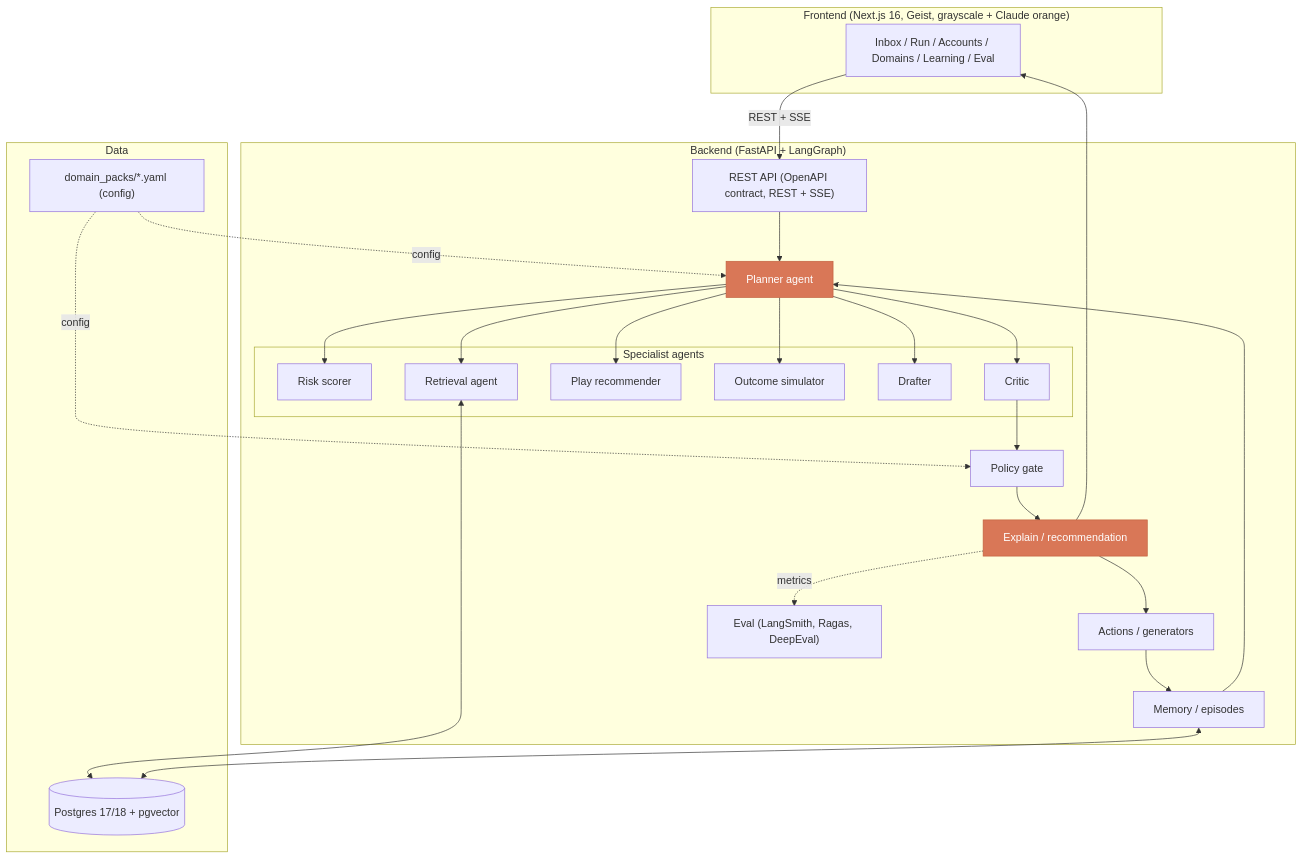
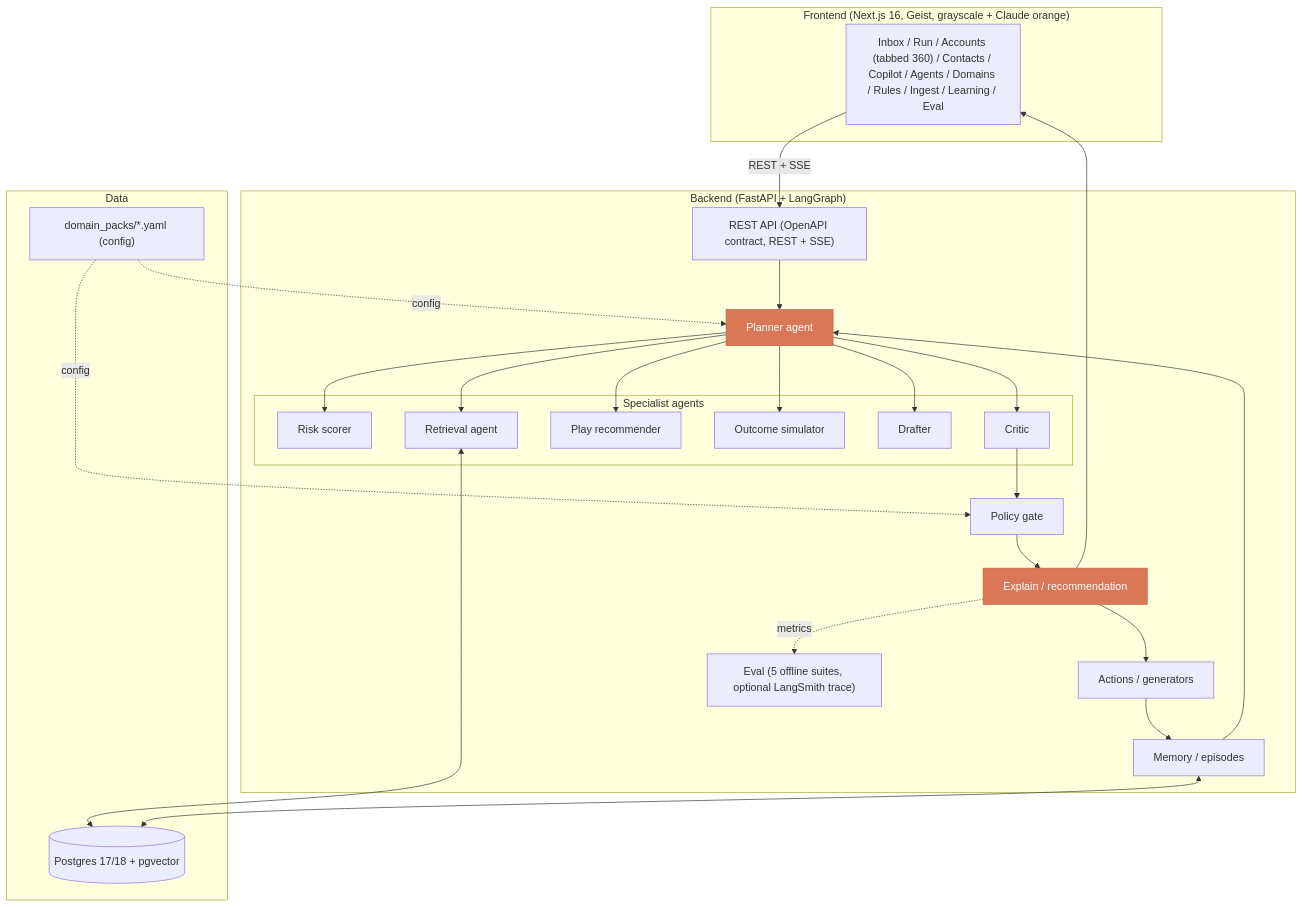
One commit to rnihesh/xlventures-hack changed the first of 4 diagrams in ARCHITECTURE.md. Above: the diagram before and after it, drawn with Mermaid. The commit also changed other lines of this file and 7 other files, not shown here.

````diff
--- a/ARCHITECTURE.md
+++ b/ARCHITECTURE.md
@@ -25,42 +25,42 @@
 ```mermaid
 flowchart TB
   subgraph FE["Frontend (Next.js 16, Geist, grayscale + Claude orange)"]
-    UI["Inbox / Run / Accounts / Domains / Learning / Eval"]
+    UI["Inbox / Run / Accounts (tabbed 360) / Contacts / Copilot / Agents / Domains / Rules / Ingest / Learning / Eval"]
   end
   subgraph BE["Backend (FastAPI + LangGraph)"]
     API["REST API (OpenAPI contract, REST + SSE)"]
     PL["Planner agent"]
     subgraph SP["Specialist agents"]
       RS["Risk scorer"]
       RA["Retrieval agent"]
       PR["Play recommender"]
       OS["Outcome simulator"]
       DR["Drafter"]
       CR["Critic"]
     end
     PG2["Policy gate"]
     EX["Explain / recommendation"]
     AC["Actions / generators"]
     MEM["Memory / episodes"]
-    EV["Eval (LangSmith, Ragas, DeepEval)"]
+    EV["Eval (5 offline suites, optional LangSmith trace)"]
   end
   subgraph DATA["Data"]
     PGV[("Postgres 17/18 + pgvector")]
     PACKS["domain_packs/*.yaml (config)"]
   end
 
   UI -->|REST + SSE| API
   API --> PL
   PL --> RS & RA & PR & OS & DR & CR
   RA <--> PGV
   CR --> PG2 --> EX --> UI
   EX --> AC --> MEM
   MEM --> PL
   MEM <--> PGV
   EX -.metrics.-> EV
   PACKS -. config .-> PL
   PACKS -. config .-> PG2
 
   classDef accent fill:#D97757,stroke:#C2613F,color:#ffffff
   class PL,EX accent
 ```
````
